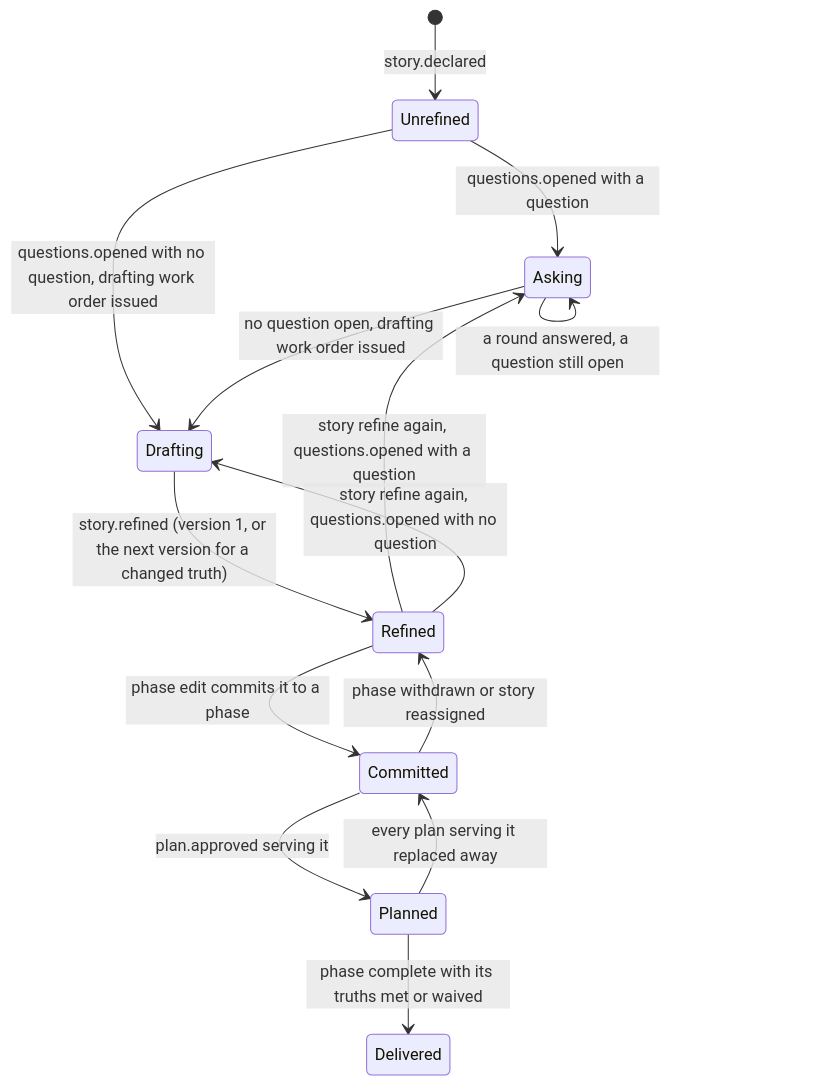
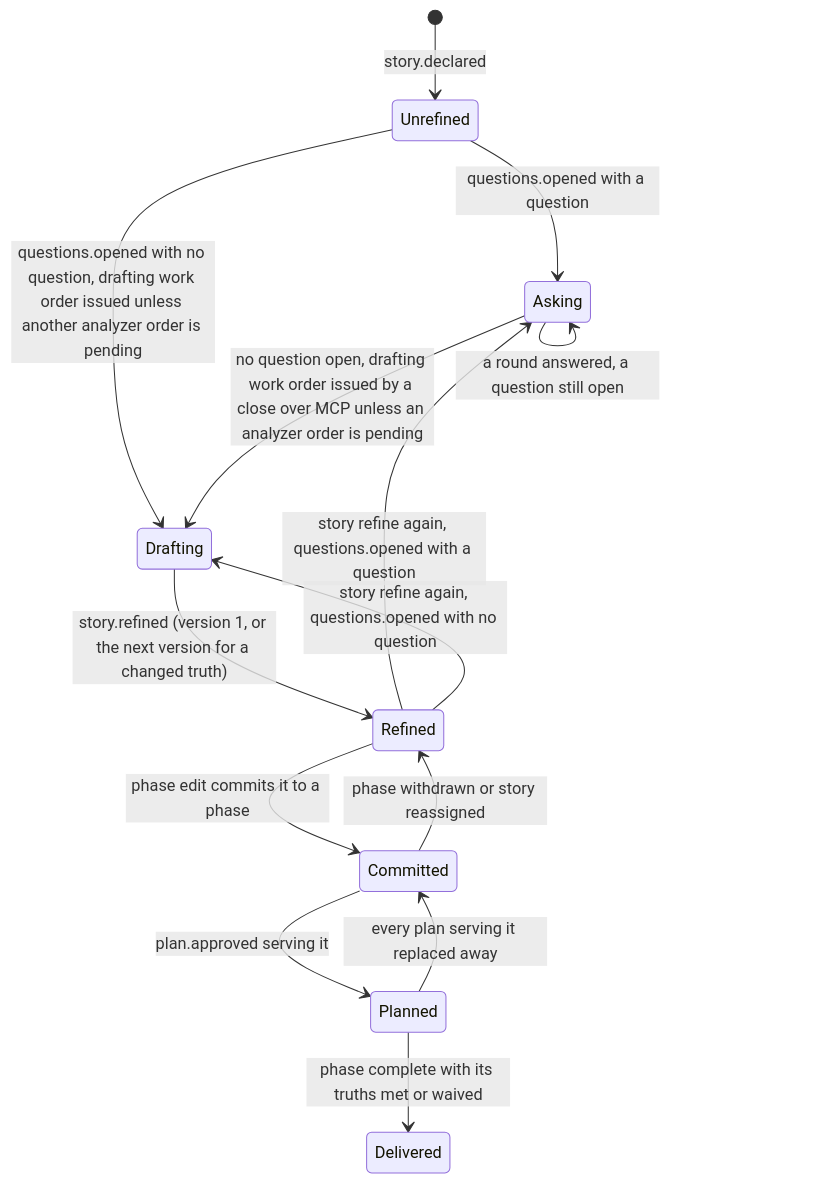
The first of 8 diagrams in docs/design/0005-context-plans-and-acceptance.md (jcrenshaw-dev/baley), drawn with Mermaid before and after one commit. The commit also changed other lines of this file and 1 other file, not shown here.

Commit message:
docs(7-5): state when a refinement close issues the drafting order
Figure 1 said every close into Drafting issues the drafting order, and
Figure 4's caption said every refusal records nothing. Section 5 issues
no order for a close at the terminal or while an analyzer order is
pending, and design 0003 keeps the preparation records behind an
unknown-model route refusal. CFG-R29 now cites the schema by key.

````diff
--- a/docs/design/0005-context-plans-and-acceptance.md
+++ b/docs/design/0005-context-plans-and-acceptance.md
@@ -342,16 +342,16 @@
 ```mermaid
 stateDiagram-v2
   [*] --> Unrefined: story.declared
   Unrefined --> Asking: questions.opened with a question
-  Unrefined --> Drafting: questions.opened with no question, drafting work order issued
+  Unrefined --> Drafting: questions.opened with no question, drafting work order issued unless another analyzer order is pending
   Asking --> Asking: a round answered, a question still open
-  Asking --> Drafting: no question open, drafting work order issued
+  Asking --> Drafting: no question open, drafting work order issued by a close over MCP unless an analyzer order is pending
   Drafting --> Refined: story.refined (version 1, or the next version for a changed truth)
   Refined --> Asking: story refine again, questions.opened with a question
   Refined --> Drafting: story refine again, questions.opened with no question
   Refined --> Committed: phase edit commits it to a phase
   Committed --> Refined: phase withdrawn or story reassigned
   Committed --> Planned: plan.approved serving it
   Planned --> Committed: every plan serving it replaced away
   Planned --> Delivered: phase complete with its truths met or waived
 ```
````
